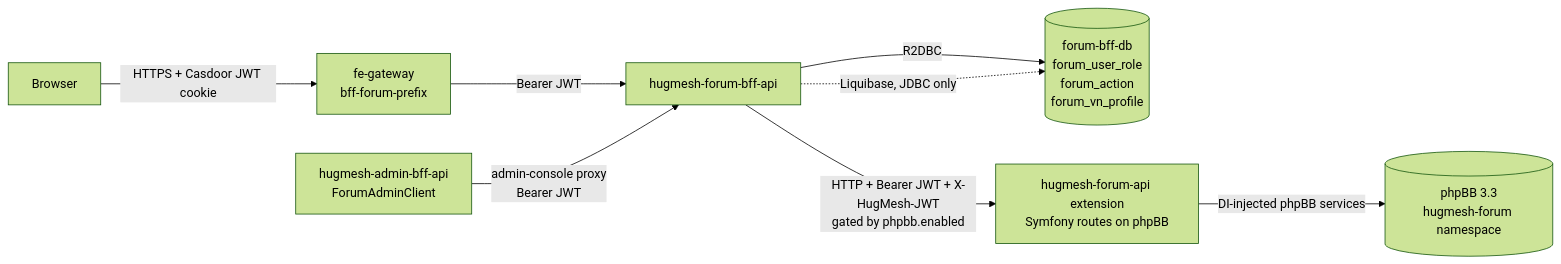
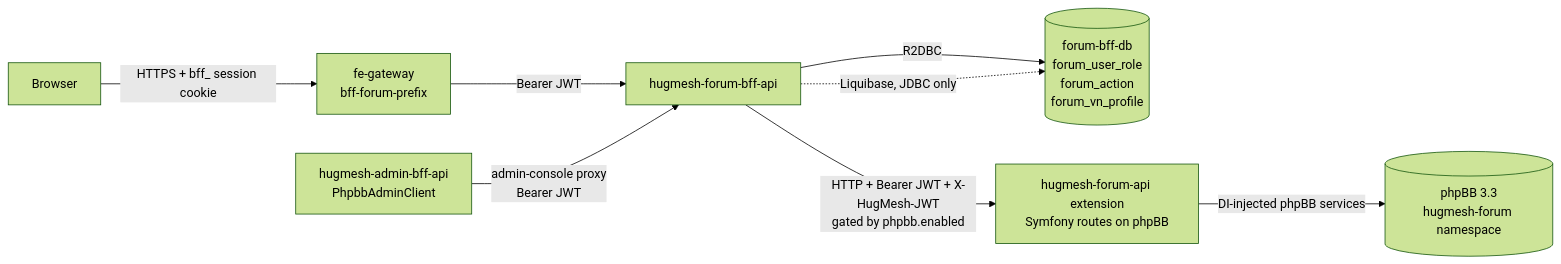
One commit to hugmesh/hugmesh.github.io changed the first of 3 diagrams in content/reference/forum-bff.md. Above: the diagram before and after it, drawn with Mermaid (forest theme). The commit also changed other lines of this file and 166 other files, not shown here.

````diff
--- a/content/reference/forum-bff.md
+++ b/content/reference/forum-bff.md
@@ -97,10 +102,10 @@
 ```mermaid
 flowchart LR
-    Browser -->|HTTPS + Casdoor JWT cookie| Gateway[fe-gateway<br/>bff-forum-prefix]
+    Browser -->|HTTPS + bff_ session cookie| Gateway[fe-gateway<br/>bff-forum-prefix]
     Gateway -->|Bearer JWT| BFF[hugmesh-forum-bff-api]
-    AdminBFF[hugmesh-admin-bff-api<br/>ForumAdminClient] -->|admin-console proxy<br/>Bearer JWT| BFF
+    AdminBFF[hugmesh-admin-bff-api<br/>PhpbbAdminClient] -->|admin-console proxy<br/>Bearer JWT| BFF
     BFF -->|R2DBC| DB[(forum-bff-db<br/>forum_user_role<br/>forum_action<br/>forum_vn_profile)]
     BFF -.->|Liquibase, JDBC only| DB
     BFF -->|HTTP + Bearer JWT + X-HugMesh-JWT<br/>gated by phpbb.enabled| Ext[hugmesh-forum-api extension<br/>Symfony routes on phpBB]
     Ext -->|DI-injected phpBB services| Phpbb[(phpBB 3.3<br/>hugmesh-forum namespace)]
 ```
````
